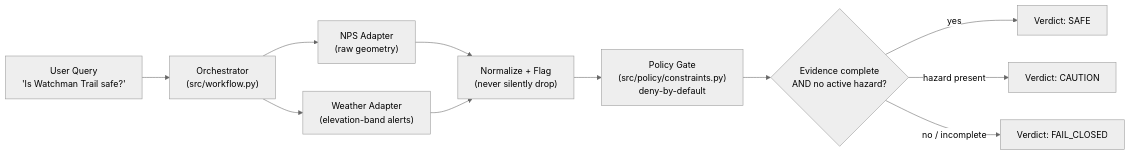
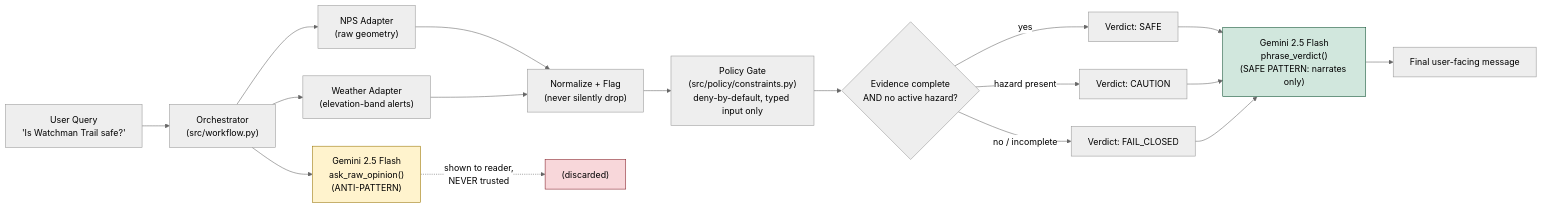
Before and after one commit to mohitagr18/ch01-production-reality: the diagram in workflow/01_high_level_architecture.md, drawn with Mermaid (neutral theme). The commit also changed other lines of this file and 18 other files, not shown here.

Commit message:
Add real Gemini 2.5 Flash integration: anti-pattern vs safe-pattern LLM calls, policy isolation tests, uv+google-genai dependency

````diff
--- a/workflow/01_high_level_architecture.md
+++ b/workflow/01_high_level_architecture.md
@@ -6,13 +6,26 @@
 ```mermaid
 flowchart LR
     U["User Query<br/>'Is Watchman Trail safe?'"] --> O["Orchestrator<br/>(src/workflow.py)"]
     O --> A1["NPS Adapter<br/>(raw geometry)"]
     O --> A2["Weather Adapter<br/>(elevation-band alerts)"]
+    O --> L1["Gemini 2.5 Flash<br/>ask_raw_opinion()<br/>(ANTI-PATTERN)"]
+
     A1 --> N["Normalize + Flag<br/>(never silently drop)"]
     A2 --> N
-    N --> P["Policy Gate<br/>(src/policy/constraints.py)<br/>deny-by-default"]
+    L1 -. "shown to reader,<br/>NEVER trusted" .-> DISCARD["(discarded)"]
+
+    N --> P["Policy Gate<br/>(src/policy/constraints.py)<br/>deny-by-default, typed input only"]
     P --> V{"Evidence complete<br/>AND no active hazard?"}
     V -- "yes" --> SAFE["Verdict: SAFE"]
     V -- "hazard present" --> CAUTION["Verdict: CAUTION"]
     V -- "no / incomplete" --> FAIL["Verdict: FAIL_CLOSED"]
+
+    SAFE --> L2["Gemini 2.5 Flash<br/>phrase_verdict()<br/>(SAFE PATTERN: narrates only)"]
+    CAUTION --> L2
+    FAIL --> L2
+    L2 --> OUT["Final user-facing message"]
+
+    style DISCARD fill:#f8d7da,stroke:#842029
+    style L1 fill:#fff3cd,stroke:#997404
+    style L2 fill:#d1e7dd,stroke:#0f5132
 ```
````
